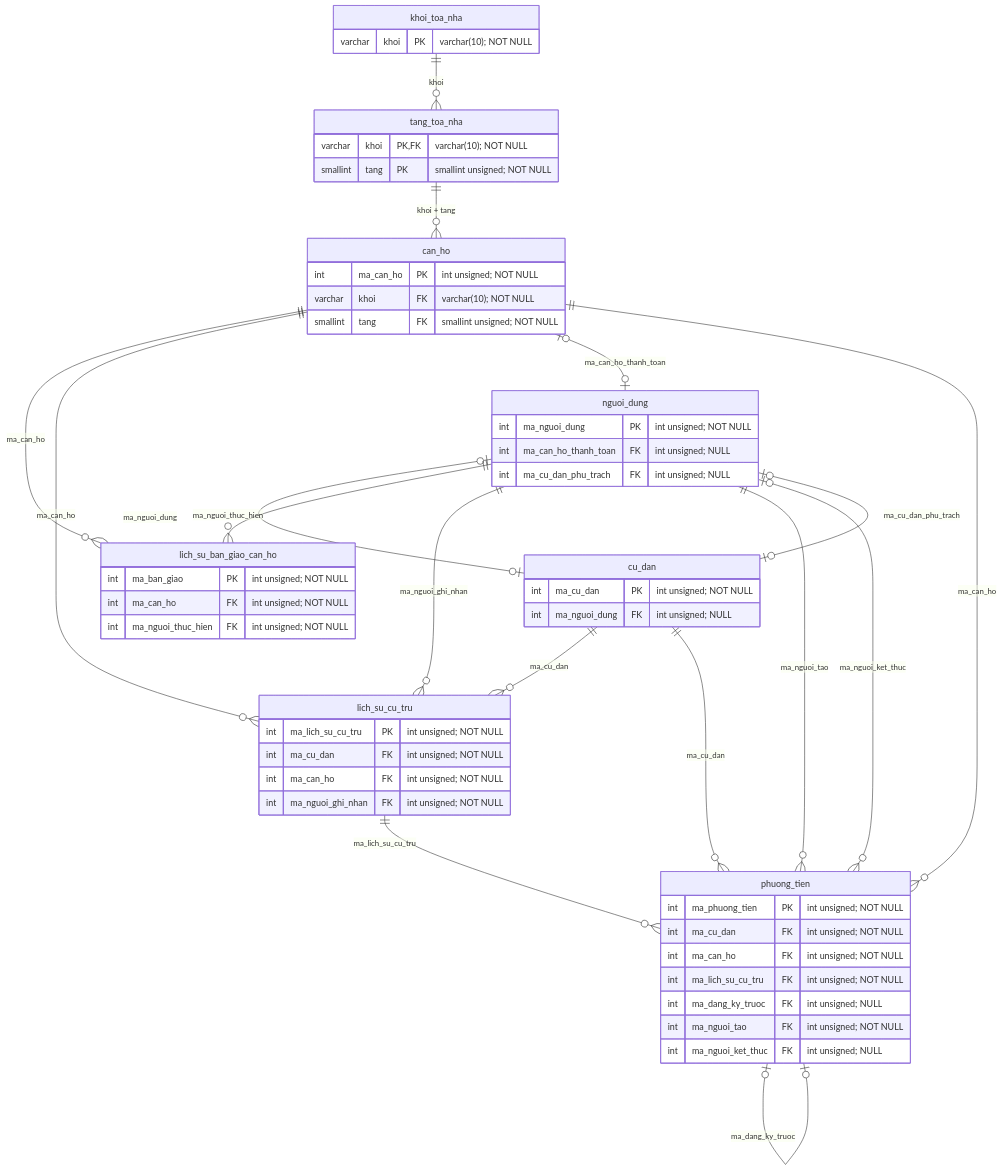
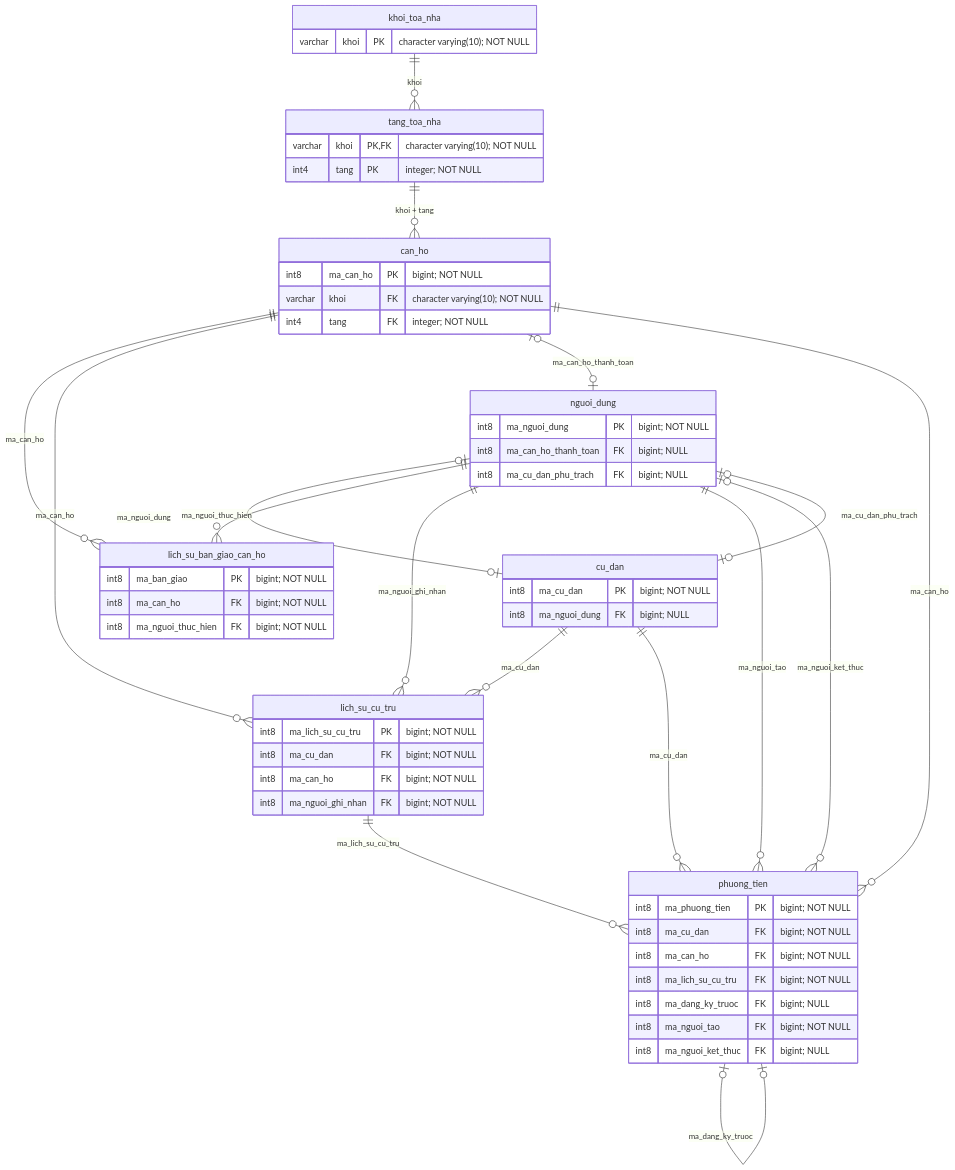
The first of 4 diagrams in docs/bao-cao/erd-phan-he.md (tunato2807-del/chung-cu-starter), drawn with Mermaid before and after one commit. The commit also changed other lines of this file and 113 other files, not shown here.

````diff
--- a/docs/bao-cao/erd-phan-he.md
+++ b/docs/bao-cao/erd-phan-he.md
@@ -11,60 +11,60 @@
 ```mermaid
 erDiagram
   can_ho {
-    int ma_can_ho PK "int unsigned; NOT NULL"
-    varchar khoi FK "varchar(10); NOT NULL"
-    smallint tang FK "smallint unsigned; NOT NULL"
+    int8 ma_can_ho PK "bigint; NOT NULL"
+    varchar khoi FK "character varying(10); NOT NULL"
+    int4 tang FK "integer; NOT NULL"
   }
   cu_dan {
-    int ma_cu_dan PK "int unsigned; NOT NULL"
-    int ma_nguoi_dung FK "int unsigned; NULL"
+    int8 ma_cu_dan PK "bigint; NOT NULL"
+    int8 ma_nguoi_dung FK "bigint; NULL"
   }
   khoi_toa_nha {
-    varchar khoi PK "varchar(10); NOT NULL"
+    varchar khoi PK "character varying(10); NOT NULL"
   }
   lich_su_ban_giao_can_ho {
-    int ma_ban_giao PK "int unsigned; NOT NULL"
-    int ma_can_ho FK "int unsigned; NOT NULL"
-    int ma_nguoi_thuc_hien FK "int unsigned; NOT NULL"
+    int8 ma_ban_giao PK "bigint; NOT NULL"
+    int8 ma_can_ho FK "bigint; NOT NULL"
+    int8 ma_nguoi_thuc_hien FK "bigint; NOT NULL"
   }
   lich_su_cu_tru {
-    int ma_lich_su_cu_tru PK "int unsigned; NOT NULL"
-    int ma_cu_dan FK "int unsigned; NOT NULL"
-    int ma_can_ho FK "int unsigned; NOT NULL"
-    int ma_nguoi_ghi_nhan FK "int unsigned; NOT NULL"
+    int8 ma_lich_su_cu_tru PK "bigint; NOT NULL"
+    int8 ma_cu_dan FK "bigint; NOT NULL"
+    int8 ma_can_ho FK "bigint; NOT NULL"
+    int8 ma_nguoi_ghi_nhan FK "bigint; NOT NULL"
   }
   nguoi_dung {
-    int ma_nguoi_dung PK "int unsigned; NOT NULL"
-    int ma_can_ho_thanh_toan FK "int unsigned; NULL"
-    int ma_cu_dan_phu_trach FK "int unsigned; NULL"
+    int8 ma_nguoi_dung PK "bigint; NOT NULL"
+    int8 ma_can_ho_thanh_toan FK "bigint; NULL"
+    int8 ma_cu_dan_phu_trach FK "bigint; NULL"
   }
   phuong_tien {
-    int ma_phuong_tien PK "int unsigned; NOT NULL"
-    int ma_cu_dan FK "int unsigned; NOT NULL"
-    int ma_can_ho FK "int unsigned; NOT NULL"
-    int ma_lich_su_cu_tru FK "int unsigned; NOT NULL"
-    int ma_dang_ky_truoc FK "int unsigned; NULL"
-    int ma_nguoi_tao FK "int unsigned; NOT NULL"
-    int ma_nguoi_ket_thuc FK "int unsigned; NULL"
+    int8 ma_phuong_tien PK "bigint; NOT NULL"
+    int8 ma_cu_dan FK "bigint; NOT NULL"
+    int8 ma_can_ho FK "bigint; NOT NULL"
+    int8 ma_lich_su_cu_tru FK "bigint; NOT NULL"
+    int8 ma_dang_ky_truoc FK "bigint; NULL"
+    int8 ma_nguoi_tao FK "bigint; NOT NULL"
+    int8 ma_nguoi_ket_thuc FK "bigint; NULL"
   }
   tang_toa_nha {
-    varchar khoi PK,FK "varchar(10); NOT NULL"
-    smallint tang PK "smallint unsigned; NOT NULL"
+    varchar khoi PK,FK "character varying(10); NOT NULL"
+    int4 tang PK "integer; NOT NULL"
   }
   tang_toa_nha ||--o{ can_ho : "khoi + tang"
   nguoi_dung o|--o| cu_dan : "ma_nguoi_dung"
   can_ho ||--o{ lich_su_ban_giao_can_ho : "ma_can_ho"
   nguoi_dung ||--o{ lich_su_ban_giao_can_ho : "ma_nguoi_thuc_hien"
   cu_dan ||--o{ lich_su_cu_tru : "ma_cu_dan"
   can_ho ||--o{ lich_su_cu_tru : "ma_can_ho"
   nguoi_dung ||--o{ lich_su_cu_tru : "ma_nguoi_ghi_nhan"
   can_ho o|--o| nguoi_dung : "ma_can_ho_thanh_toan"
   cu_dan o|--o| nguoi_dung : "ma_cu_dan_phu_trach"
   cu_dan ||--o{ phuong_tien : "ma_cu_dan"
   can_ho ||--o{ phuong_tien : "ma_can_ho"
   lich_su_cu_tru ||--o{ phuong_tien : "ma_lich_su_cu_tru"
   phuong_tien o|--o| phuong_tien : "ma_dang_ky_truoc"
   nguoi_dung ||--o{ phuong_tien : "ma_nguoi_tao"
   nguoi_dung o|--o{ phuong_tien : "ma_nguoi_ket_thuc"
   khoi_toa_nha ||--o{ tang_toa_nha : "khoi"
 ```
````
